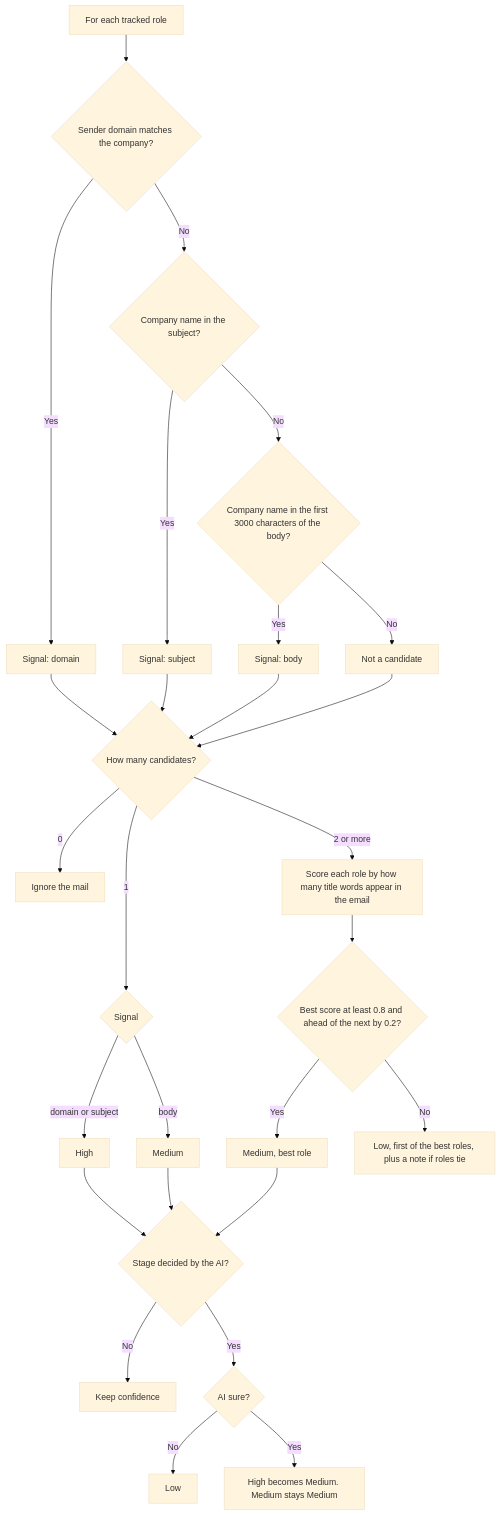
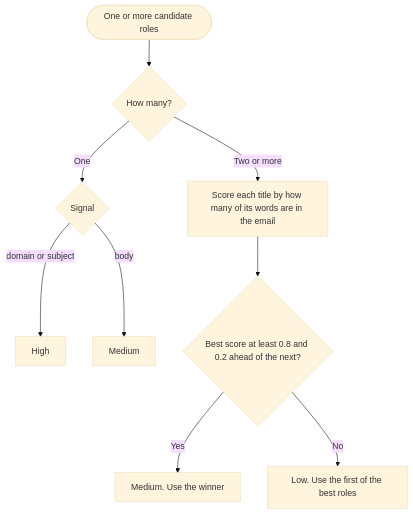
The seventh of 11 diagrams in docs/EMAIL_SYNC_REQUIREMENTS.md (nikhil-tuli/job-search-tool), drawn with Mermaid (base theme) before and after one commit. The commit also changed other lines of this file, not shown here.

First line of the commit message:
Rewrite the Email Sync doc: plain overview, one question per chart, examples

````diff
--- a/docs/EMAIL_SYNC_REQUIREMENTS.md
+++ b/docs/EMAIL_SYNC_REQUIREMENTS.md
@@ -139,29 +221,11 @@
 ```mermaid
 flowchart TD
-    A["For each tracked role"] --> D{"Sender domain matches the company?"}
-    D -- Yes --> SD["Signal: domain"]
-    D -- No --> SU{"Company name in the subject?"}
-    SU -- Yes --> SS["Signal: subject"]
-    SU -- No --> BO{"Company name in the first 3000 characters of the body?"}
-    BO -- Yes --> SB["Signal: body"]
-    BO -- No --> NO["Not a candidate"]
-    SD --> N
-    SS --> N
-    SB --> N
-    NO --> N{"How many candidates?"}
-    N -- "0" --> IGN["Ignore the mail"]
-    N -- "1" --> ONE{"Signal"}
-    ONE -- "domain or subject" --> H["High"]
-    ONE -- "body" --> ME["Medium"]
-    N -- "2 or more" --> TS["Score each role by how many title words appear in the email"]
-    TS --> W{"Best score at least 0.8 and ahead of the next by 0.2?"}
-    W -- Yes --> ME2["Medium, best role"]
-    W -- No --> LO["Low, first of the best roles, plus a note if roles tie"]
-    H --> AIQ{"Stage decided by the AI?"}
-    ME --> AIQ
-    ME2 --> AIQ
-    AIQ -- No --> FIN["Keep confidence"]
-    AIQ -- Yes --> SURE{"AI sure?"}
-    SURE -- No --> LO2["Low"]
-    SURE -- Yes --> DROPH["High becomes Medium. Medium stays Medium"]
+    A(["One or more candidate roles"]) --> B{"How many?"}
+    B -- "One" --> C{"Signal"}
+    C -- "domain or subject" --> H["High"]
+    C -- "body" --> M["Medium"]
+    B -- "Two or more" --> D["Score each title by how many of its words are in the email"]
+    D --> E{"Best score at least 0.8 and 0.2 ahead of the next?"}
+    E -- Yes --> M2["Medium. Use the winner"]
+    E -- No --> L["Low. Use the first of the best roles"]
 ```
````
